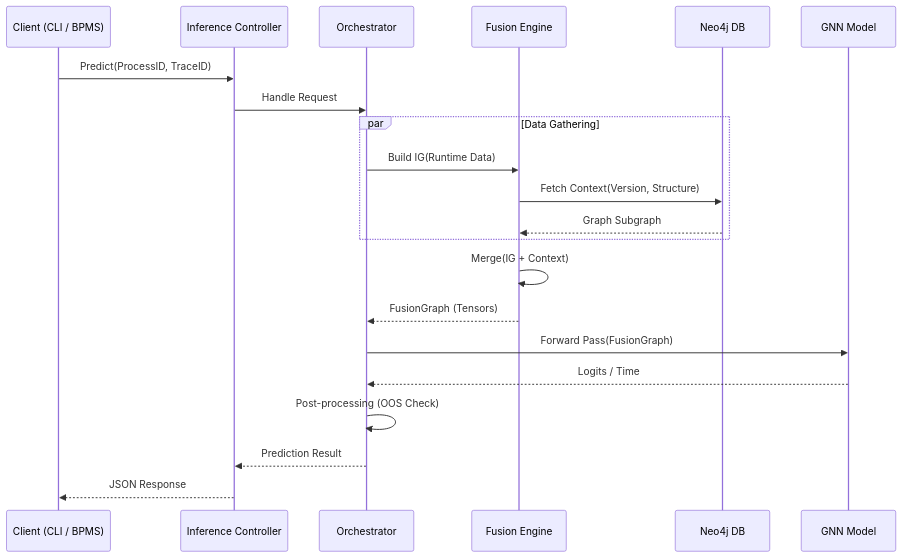
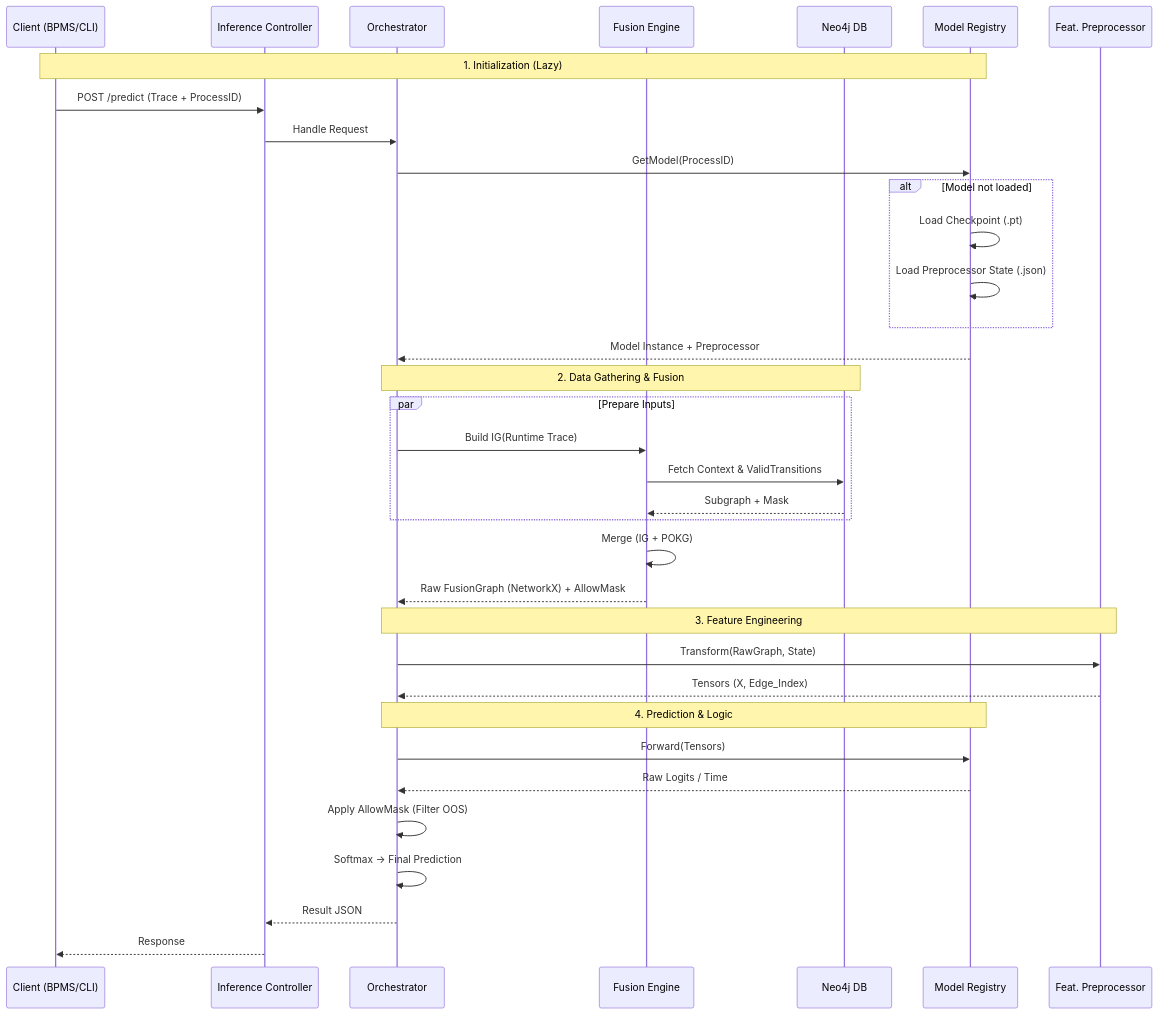
One commit to ghsrg/bpm_prediction changed the second of 2 diagrams in ARCHITECTURE.MD. Above: the diagram before and after it, drawn with Mermaid. The commit also changed other lines of this file, not shown here.

Commit message:
Architecture modify

````diff
--- a/ARCHITECTURE.MD
+++ b/ARCHITECTURE.MD
@@ -132,28 +135,45 @@
 ```mermaid
 sequenceDiagram
-    participant Client as Client (CLI / BPMS)
+    participant Client as Client (BPMS/CLI)
     participant Ctrl as Inference Controller
     participant Orch as Orchestrator
     participant Fusion as Fusion Engine
     participant Neo4j as Neo4j DB
-    participant Model as GNN Model
+    participant Reg as Model Registry
+    participant Feat as Feat. Preprocessor
 
-    Client->>Ctrl: Predict(ProcessID, TraceID)
+    Note over Client, Reg: 1. Initialization (Lazy)
+    Client->>Ctrl: POST /predict (Trace + ProcessID)
     Ctrl->>Orch: Handle Request
     
-    par Data Gathering
-        Orch->>Fusion: Build IG(Runtime Data)
-        Fusion->>Neo4j: Fetch Context(Version, Structure)
-        Neo4j-->>Fusion: Graph Subgraph
+    Orch->>Reg: GetModel(ProcessID)
+    alt Model not loaded
+        Reg->>Reg: Load Checkpoint (.pt)
+        Reg->>Reg: Load Preprocessor State (.json)
+    end
+    Reg-->>Orch: Model Instance + Preprocessor
+    
+    Note over Orch, Neo4j: 2. Data Gathering & Fusion
+    par Prepare Inputs
+        Orch->>Fusion: Build IG(Runtime Trace)
+        Fusion->>Neo4j: Fetch Context & ValidTransitions
+        Neo4j-->>Fusion: Subgraph + Mask
     end
     
-    Fusion->>Fusion: Merge(IG + Context)
-    Fusion-->>Orch: FusionGraph (Tensors)
+    Fusion->>Fusion: Merge (IG + POKG)
+    Fusion-->>Orch: Raw FusionGraph (NetworkX) + AllowMask
     
-    Orch->>Model: Forward Pass(FusionGraph)
-    Model-->>Orch: Logits / Time
+    Note over Orch, Feat: 3. Feature Engineering
+    Orch->>Feat: Transform(RawGraph, State)
+    Feat-->>Orch: Tensors (X, Edge_Index)
     
-    Orch->>Orch: Post-processing (OOS Check)
-    Orch-->>Ctrl: Prediction Result
-    Ctrl-->>Client: JSON Response
+    Note over Orch, Reg: 4. Prediction & Logic
+    Orch->>Reg: Forward(Tensors)
+    Reg-->>Orch: Raw Logits / Time
+    
+    Orch->>Orch: Apply AllowMask (Filter OOS)
+    Orch->>Orch: Softmax -> Final Prediction
+    
+    Orch-->>Ctrl: Result JSON
+    Ctrl-->>Client: Response
 ```
````
